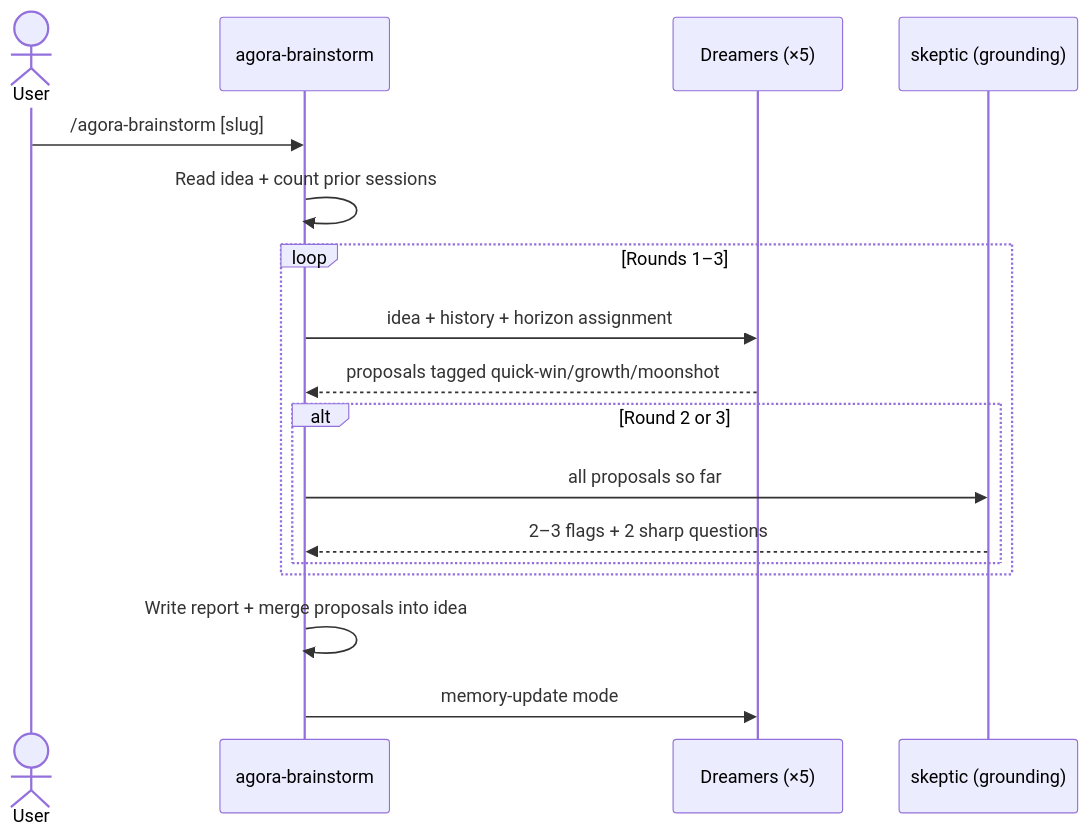
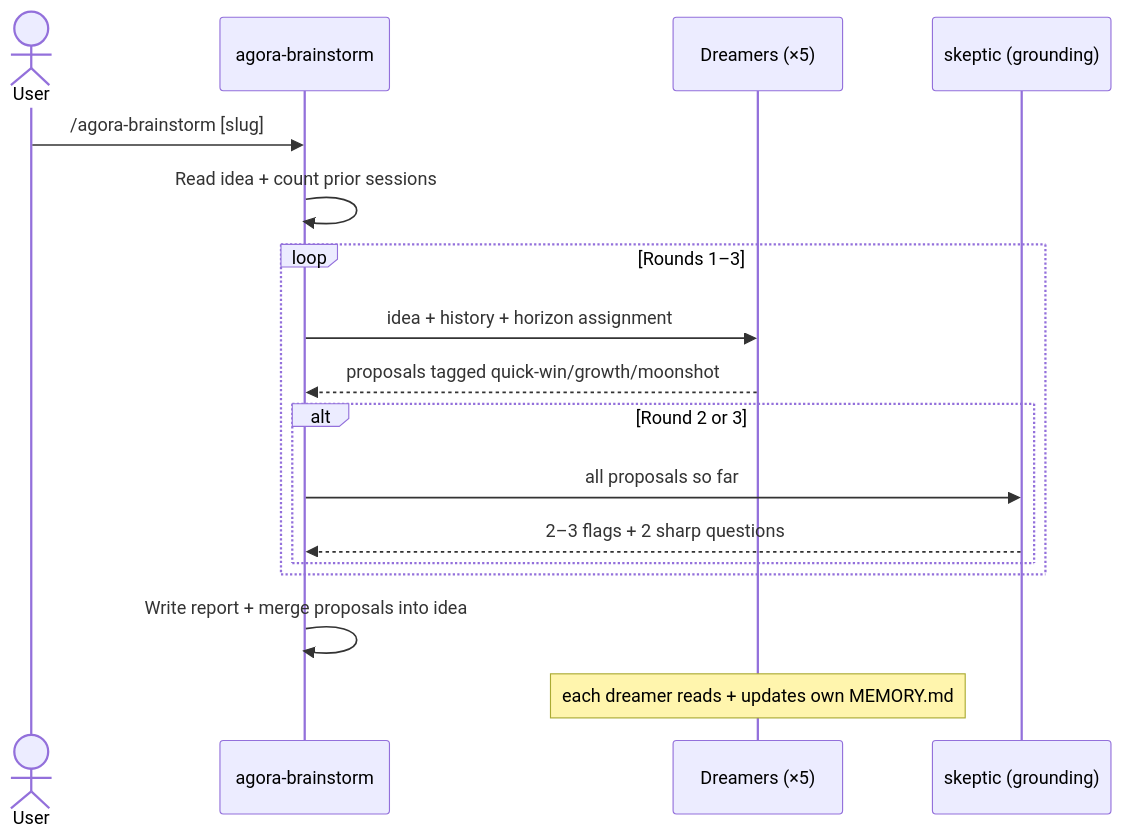
Before and after one commit to aryan-curiel/agora: the second of 3 diagrams in docs/presentation/slides.md, drawn with Mermaid. The commit also changed other lines of this file and 7 other files, not shown here.

First line of the commit message:
Update diagrams, landing page, and slides for agent-owned memory

````diff
--- a/docs/presentation/slides.md
+++ b/docs/presentation/slides.md
@@ -253,22 +255,22 @@
 ```mermaid
 sequenceDiagram
     actor User
     participant BS as agora-brainstorm
     participant DR as Dreamers (×5)
     participant SK as skeptic (grounding)
 
     User->>BS: /agora-brainstorm [slug]
     BS->>BS: Read idea + count prior sessions
 
     loop Rounds 1–3
         BS->>DR: idea + history + horizon assignment
         DR-->>BS: proposals tagged quick-win/growth/moonshot
         alt Round 2 or 3
             BS->>SK: all proposals so far
             SK-->>BS: 2–3 flags + 2 sharp questions
         end
     end
 
     BS->>BS: Write report + merge proposals into idea
-    BS->>DR: memory-update mode
+    Note over DR: each dreamer reads + updates own MEMORY.md
 ```
````
